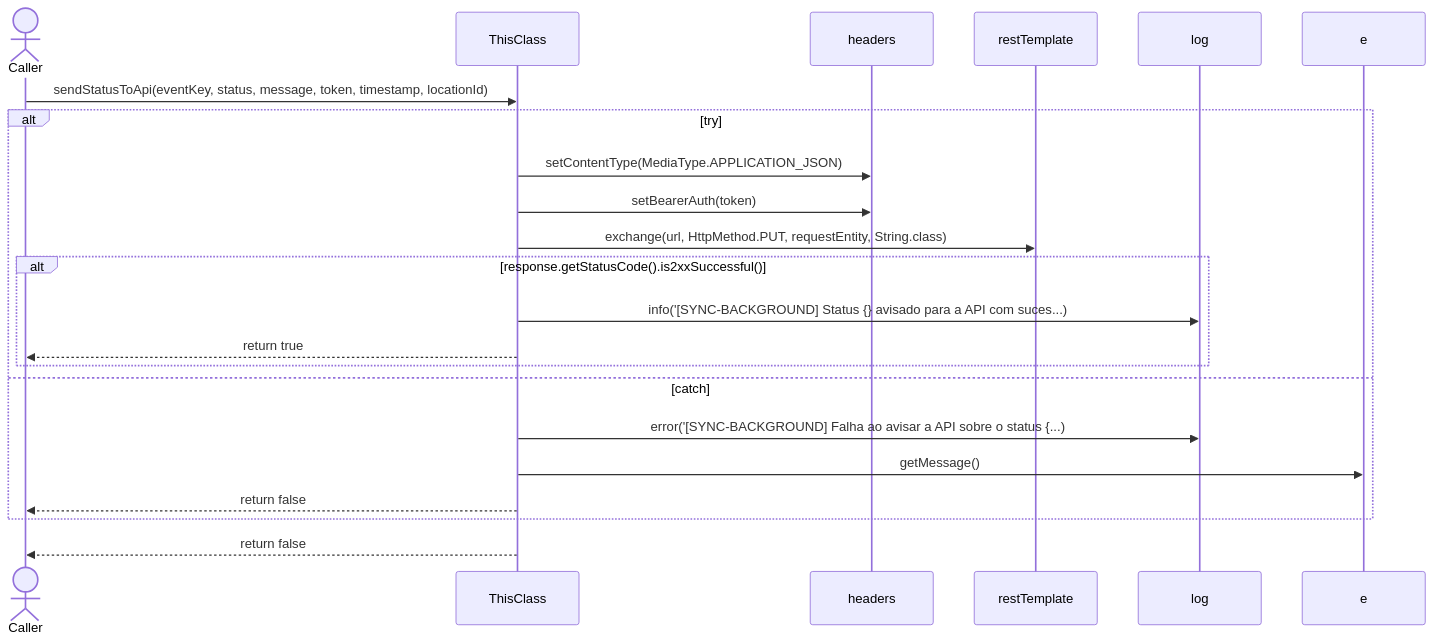
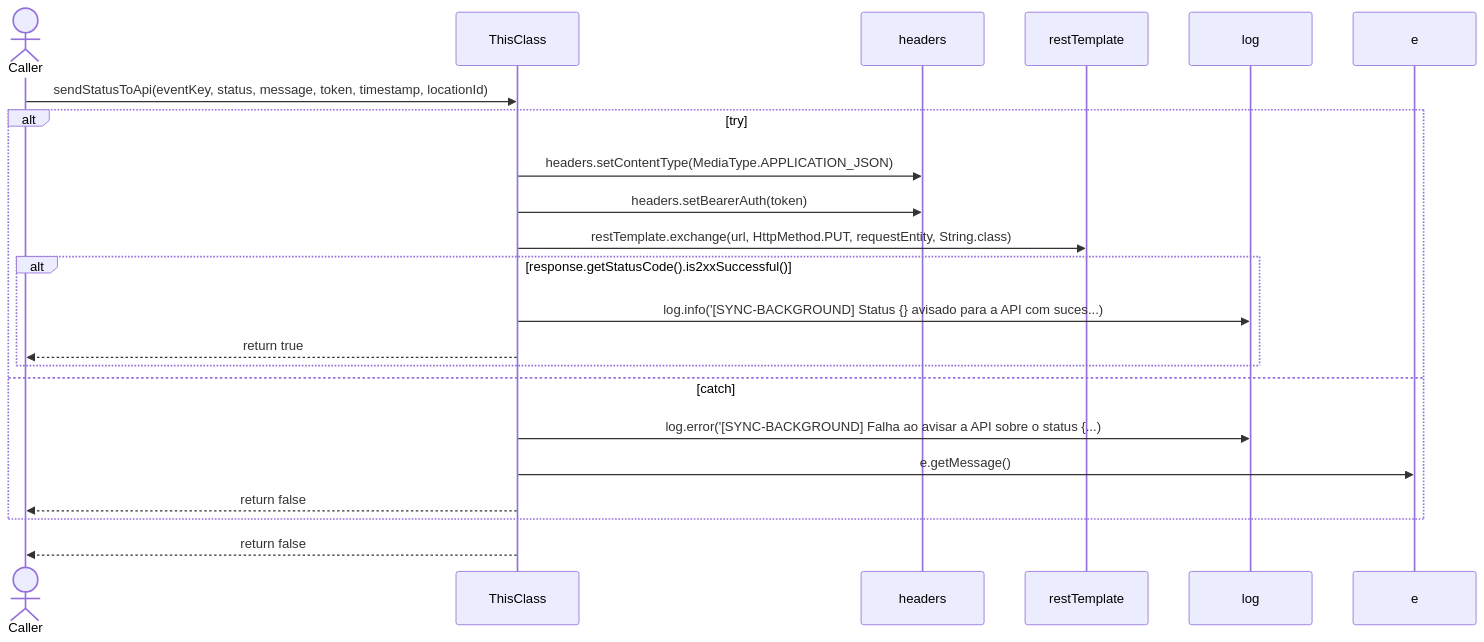
One commit to FelipeMCassiano/geanky changed diagram 14 of 16 in docs/CloudSyncUploadService.md. Above: the diagram before and after it, drawn with Mermaid. The commit also changed other lines of this file and 6 other files, not shown here.

````diff
--- a/docs/CloudSyncUploadService.md
+++ b/docs/CloudSyncUploadService.md
@@ -1020,26 +1020,26 @@
 ```mermaid
 sequenceDiagram
     actor Caller
     participant ThisClass
     participant headers
     participant restTemplate
     participant log
     participant e
 
     Caller->>ThisClass: sendStatusToApi(eventKey, status, message, token, timestamp, locationId)
     alt try
-    ThisClass->>headers: setContentType(MediaType.APPLICATION_JSON)
-    ThisClass->>headers: setBearerAuth(token)
-    ThisClass->>restTemplate: exchange(url, HttpMethod.PUT, requestEntity, String.class)
+    ThisClass->>headers: headers.setContentType(MediaType.APPLICATION_JSON)
+    ThisClass->>headers: headers.setBearerAuth(token)
+    ThisClass->>restTemplate: restTemplate.exchange(url, HttpMethod.PUT, requestEntity, String.class)
     alt response.getStatusCode().is2xxSuccessful()
-    ThisClass->>log: info('[SYNC-BACKGROUND] Status {} avisado para a API com suces...)
+    ThisClass->>log: log.info('[SYNC-BACKGROUND] Status {} avisado para a API com suces...)
     ThisClass-->>Caller: return true
     end
     else catch 
-    ThisClass->>log: error('[SYNC-BACKGROUND] Falha ao avisar a API sobre o status {...)
-    ThisClass->>e: getMessage()
+    ThisClass->>log: log.error('[SYNC-BACKGROUND] Falha ao avisar a API sobre o status {...)
+    ThisClass->>e: e.getMessage()
     ThisClass-->>Caller: return false
     end
     ThisClass-->>Caller: return false
 
 ```
````
